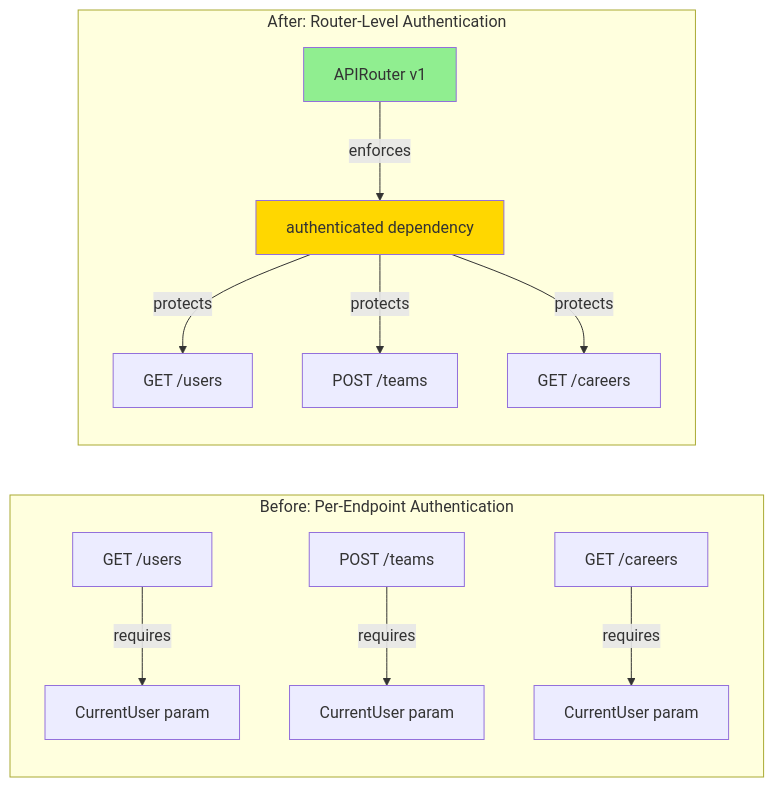
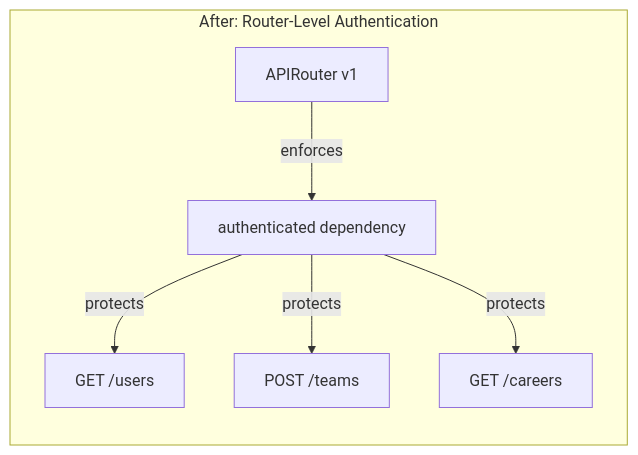
The fourth of 6 diagrams in docs/changes_from_refactor-services_to_improve-services.md (ELC/upskilling), drawn with Mermaid before and after one commit. The commit also changed other lines of this file, not shown here.

Commit message:
chore(docs): add changelog summary

````diff
--- a/docs/changes_from_refactor-services_to_improve-services.md
+++ b/docs/changes_from_refactor-services_to_improve-services.md
@@ -62,27 +73,15 @@
 ```mermaid
 graph LR
-    subgraph "Before: Per-Endpoint Authentication"
-        A1[GET /users]
-        A2[POST /teams]
-        A3[GET /careers]
-        
-        A1 -->|requires| Auth1[CurrentUser param]
-        A2 -->|requires| Auth2[CurrentUser param]
-        A3 -->|requires| Auth3[CurrentUser param]
-    end
-    
     subgraph "After: Router-Level Authentication"
         B1[APIRouter v1]
         B2[GET /users]
         B3[POST /teams]
         B4[GET /careers]
         
         B1 -->|enforces| AuthGlobal[authenticated dependency]
         AuthGlobal -->|protects| B2
         AuthGlobal -->|protects| B3
         AuthGlobal -->|protects| B4
         
-        style B1 fill:#90EE90
-        style AuthGlobal fill:#FFD700
     end
 ```
````
